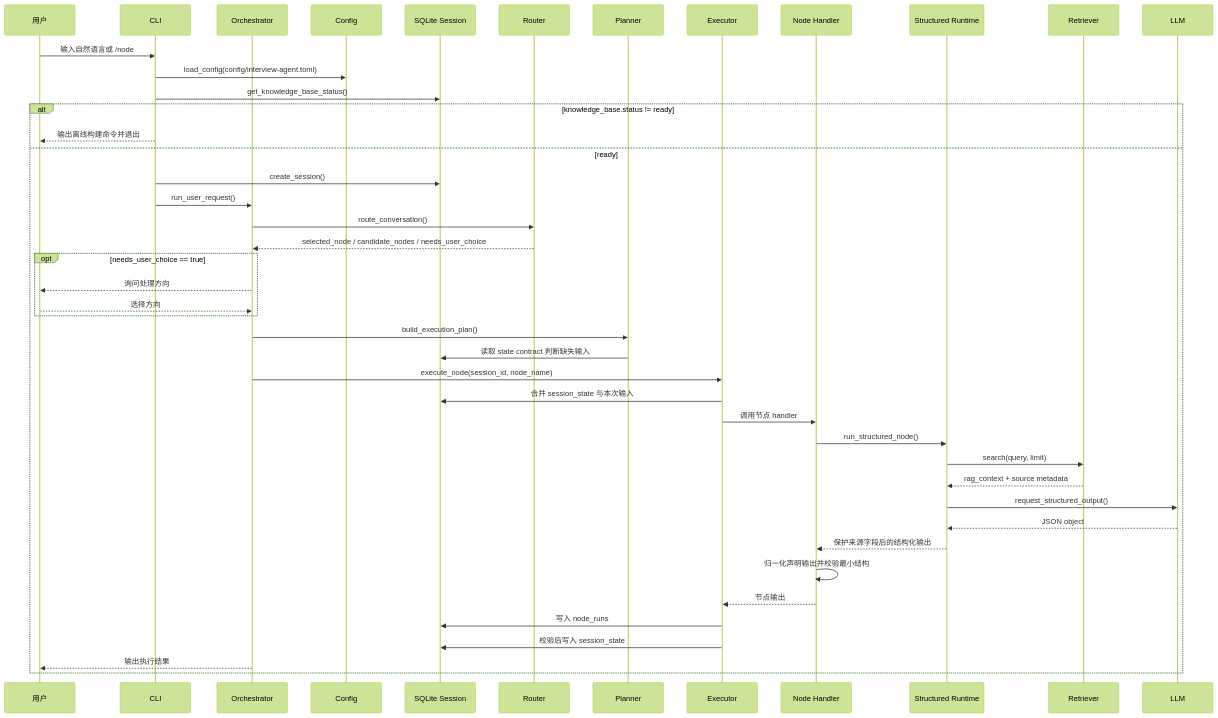
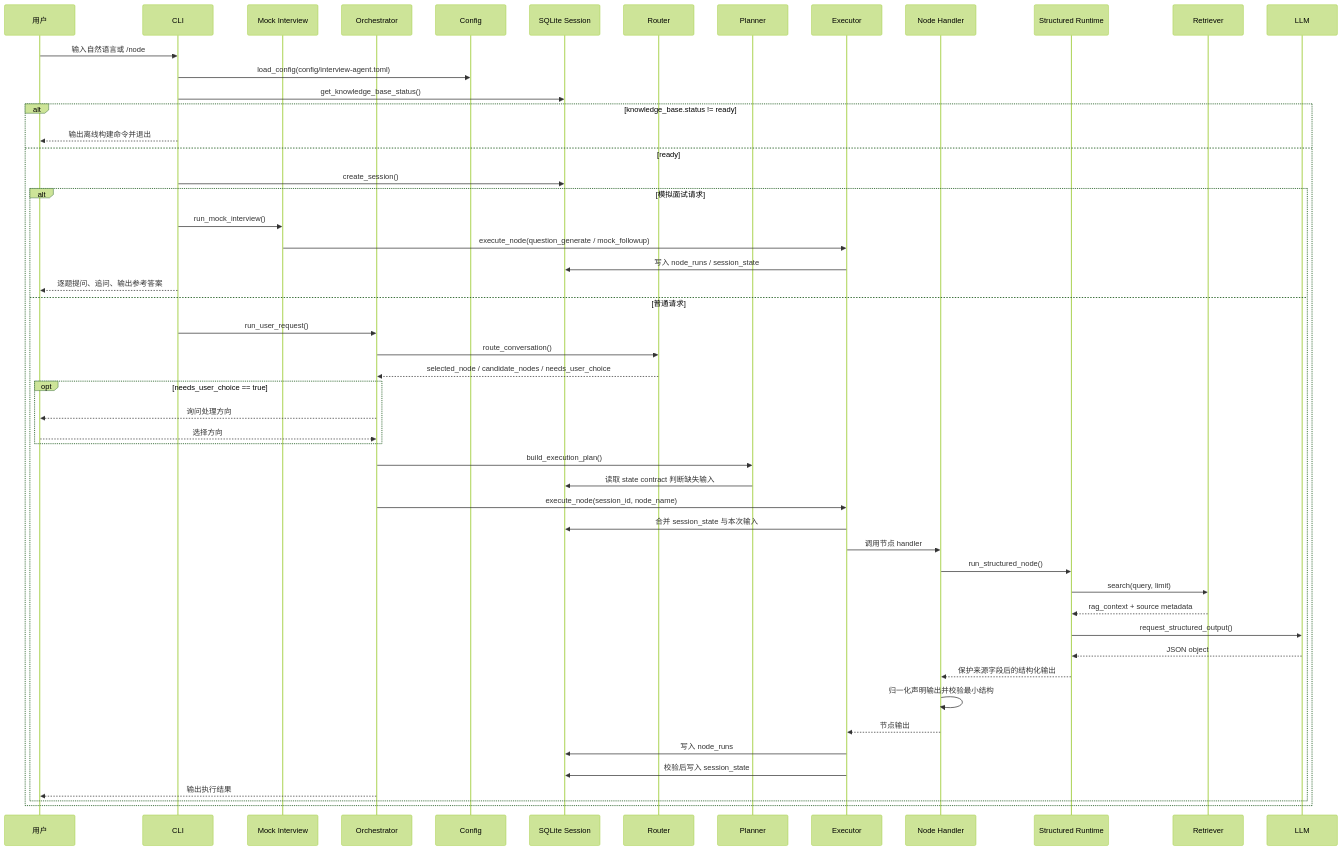
The second of 4 diagrams in docs/architecture.md (kaomianjin2/resume-agent), drawn with Mermaid (forest theme) before and after one commit. The commit also changed other lines of this file and 6 other files, not shown here.

Commit message:
refactor: split mock interview flow

````diff
--- a/docs/architecture.md
+++ b/docs/architecture.md
@@ -63,47 +63,55 @@
 ```mermaid
 sequenceDiagram
     participant U as 用户
     participant CLI as CLI
+    participant M as Mock Interview
     participant O as Orchestrator
     participant C as Config
     participant S as SQLite Session
     participant R as Router
     participant P as Planner
     participant E as Executor
     participant N as Node Handler
     participant A as Structured Runtime
     participant K as Retriever
     participant L as LLM
 
     U->>CLI: 输入自然语言或 /node
     CLI->>C: load_config(config/interview-agent.toml)
     CLI->>S: get_knowledge_base_status()
     alt knowledge_base.status != ready
         CLI-->>U: 输出离线构建命令并退出
     else ready
         CLI->>S: create_session()
-        CLI->>O: run_user_request()
-        O->>R: route_conversation()
-        R-->>O: selected_node / candidate_nodes / needs_user_choice
-        opt needs_user_choice == true
-            O-->>U: 询问处理方向
-            U-->>O: 选择方向
+        alt 模拟面试请求
+            CLI->>M: run_mock_interview()
+            M->>E: execute_node(question_generate / mock_followup)
+            E->>S: 写入 node_runs / session_state
+            CLI-->>U: 逐题提问、追问、输出参考答案
+        else 普通请求
+            CLI->>O: run_user_request()
+            O->>R: route_conversation()
+            R-->>O: selected_node / candidate_nodes / needs_user_choice
+            opt needs_user_choice == true
+                O-->>U: 询问处理方向
+                U-->>O: 选择方向
+            end
+            O->>P: build_execution_plan()
+            P->>S: 读取 state contract 判断缺失输入
+            O->>E: execute_node(session_id, node_name)
+            E->>S: 合并 session_state 与本次输入
+            E->>N: 调用节点 handler
+            N->>A: run_structured_node()
+            A->>K: search(query, limit)
+            K-->>A: rag_context + source metadata
+            A->>L: request_structured_output()
+            L-->>A: JSON object
+            A-->>N: 保护来源字段后的结构化输出
+            N->>N: 归一化声明输出并校验最小结构
+            N-->>E: 节点输出
+            E->>S: 写入 node_runs
+            E->>S: 校验后写入 session_state
+            O-->>U: 输出执行结果
         end
-        O->>P: build_execution_plan()
-        P->>S: 读取 state contract 判断缺失输入
-        O->>E: execute_node(session_id, node_name)
-        E->>S: 合并 session_state 与本次输入
-        E->>N: 调用节点 handler
-        N->>A: run_structured_node()
-        A->>K: search(query, limit)
-        K-->>A: rag_context + source metadata
-        A->>L: request_structured_output()
-        L-->>A: JSON object
-        A-->>N: 保护来源字段后的结构化输出
-        N->>N: 归一化声明输出并校验最小结构
-        N-->>E: 节点输出
-        E->>S: 写入 node_runs
-        E->>S: 校验后写入 session_state
-        O-->>U: 输出执行结果
     end
 ```
````
